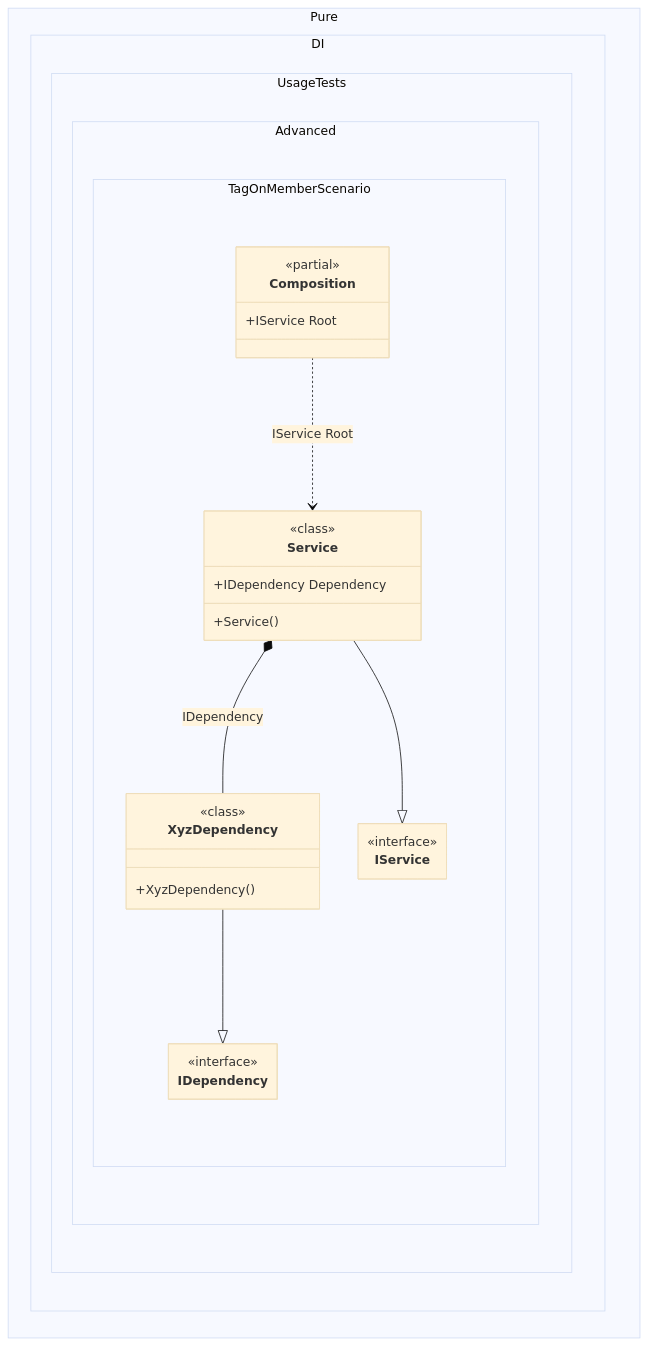
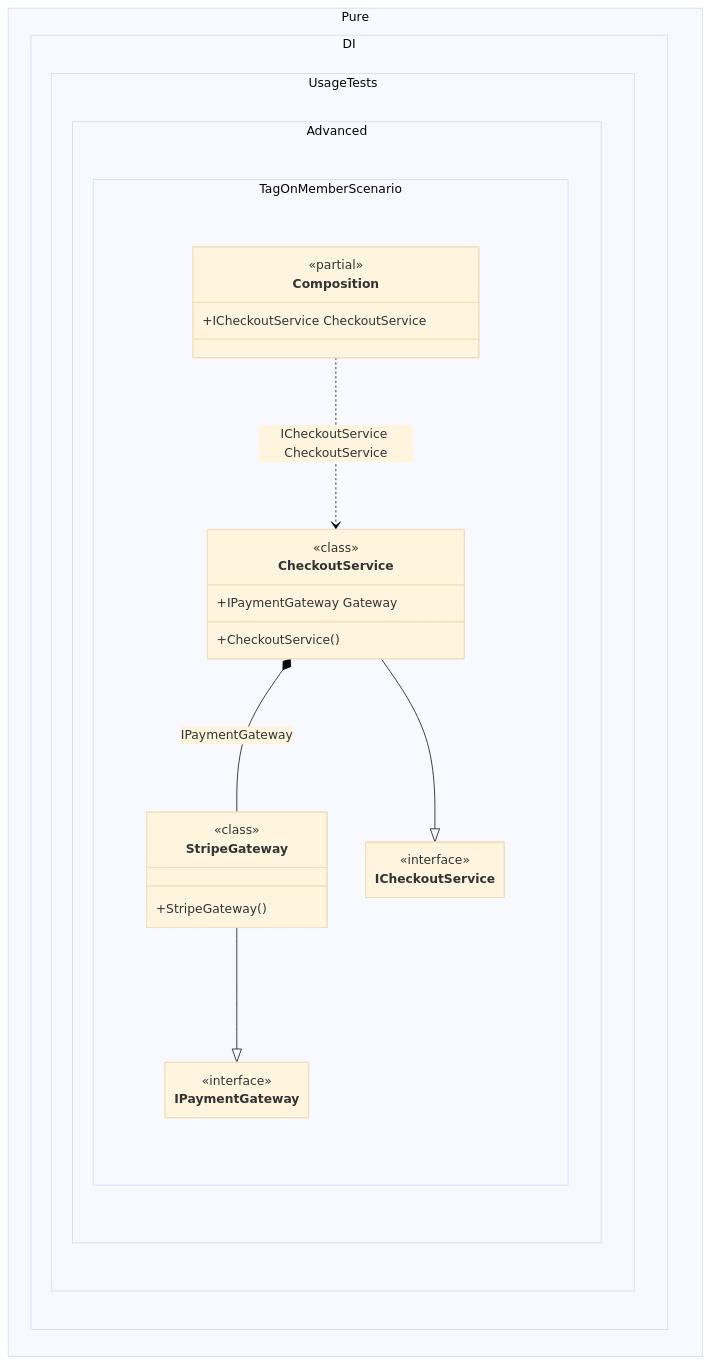
One commit to DevTeam/Pure.DI changed the diagram in readme/tag-on-a-member.md. Above: the diagram before and after it, drawn with Mermaid (base theme). The commit also changed other lines of this file and 126 other files, not shown here.

````diff
--- a/readme/tag-on-a-member.md
+++ b/readme/tag-on-a-member.md
@@ -100,35 +105,35 @@
 ```mermaid
 ---
  config:
   maxTextSize: 2147483647
   maxEdges: 2147483647
   class:
    hideEmptyMembersBox: true
 ---
 classDiagram
-	XyzDependency --|> IDependency
-	Service --|> IService
-	Composition ..> Service : IService Root
-	Service *--  XyzDependency : IDependency
+	StripeGateway --|> IPaymentGateway
+	CheckoutService --|> ICheckoutService
+	Composition ..> CheckoutService : ICheckoutService CheckoutService
+	CheckoutService *--  StripeGateway : IPaymentGateway
 	namespace Pure.DI.UsageTests.Advanced.TagOnMemberScenario {
+		class CheckoutService {
+				<<class>>
+			+CheckoutService()
+			+IPaymentGateway Gateway
+		}
 		class Composition {
 		<<partial>>
-		+IService Root
+		+ICheckoutService CheckoutService
 		}
-		class IDependency {
+		class ICheckoutService {
 			<<interface>>
 		}
-		class IService {
+		class IPaymentGateway {
 			<<interface>>
 		}
-		class Service {
+		class StripeGateway {
 				<<class>>
-			+Service()
-			+IDependency Dependency
-		}
-		class XyzDependency {
-				<<class>>
-			+XyzDependency()
+			+StripeGateway()
 		}
 	}
 ```
````
